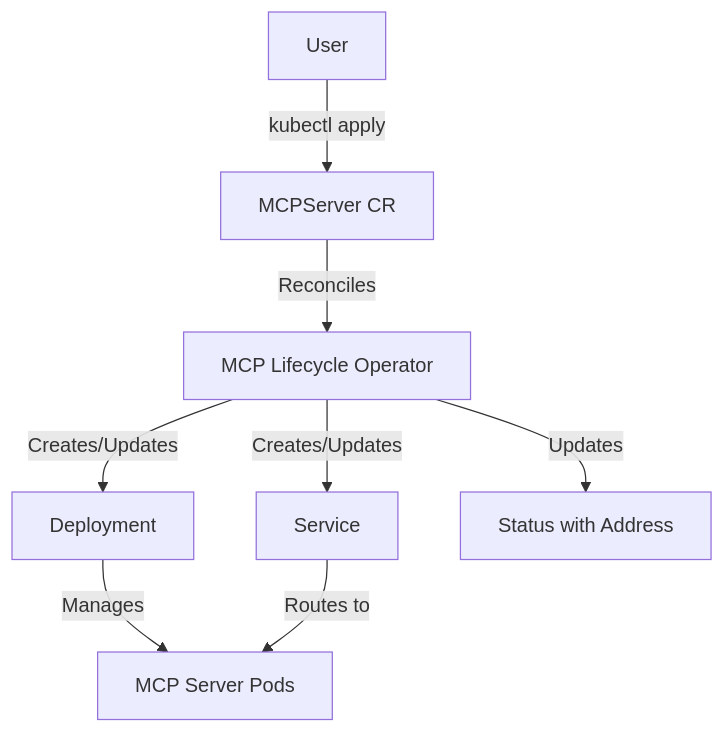
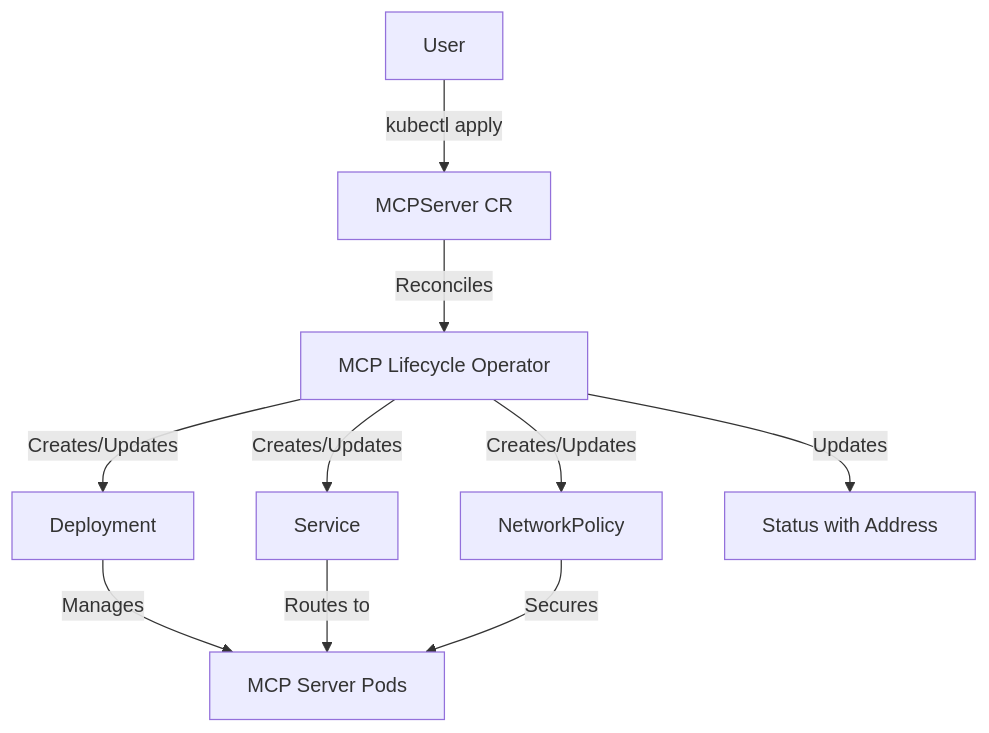
The diagram in site-src/introduction.md (kubernetes-sigs/mcp-lifecycle-operator), drawn with Mermaid before and after one commit. The commit also changed other lines of this file and 7 other files, not shown here.

Commit message:
docs: add NetworkPolicy to documentation and API type comments

````diff
--- a/site-src/introduction.md
+++ b/site-src/introduction.md
@@ -150,10 +150,12 @@
 ```mermaid
 graph TB
     User[User] -->|kubectl apply| MCPServer[MCPServer CR]
     MCPServer -->|Reconciles| Operator[MCP Lifecycle Operator]
     Operator -->|Creates/Updates| Deployment[Deployment]
     Operator -->|Creates/Updates| Service[Service]
+    Operator -->|Creates/Updates| NetworkPolicy[NetworkPolicy]
     Deployment -->|Manages| Pods[MCP Server Pods]
     Service -->|Routes to| Pods
+    NetworkPolicy -->|Secures| Pods
     Operator -->|Updates| Status[Status with Address]
 ```
````
